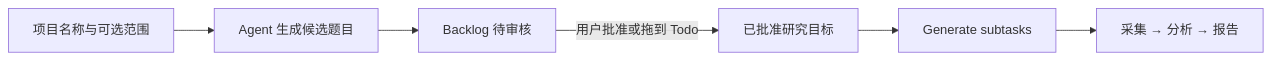
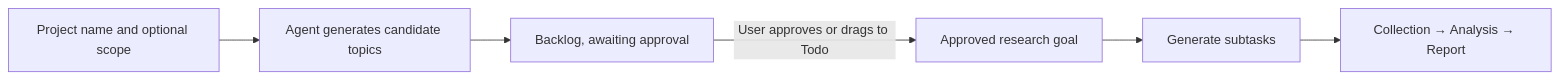
One commit to KrabsWong/what-the-hell-are-you-planning changed the diagram in USER_GUIDE.md. Above: the diagram before and after it, drawn with Mermaid. The commit also changed other lines of this file and 26 other files, not shown here.

````diff
--- a/USER_GUIDE.md
+++ b/USER_GUIDE.md
@@ -97,8 +96,8 @@
 ```mermaid
 flowchart LR
-  P[项目名称与可选范围] --> A[Agent 生成候选题目]
-  A --> B[Backlog 待审核]
-  B -->|用户批准或拖到 Todo| T[已批准研究目标]
+  P[Project name and optional scope] --> A[Agent generates candidate topics]
+  A --> B[Backlog, awaiting approval]
+  B -->|User approves or drags to Todo| T[Approved research goal]
   T --> G[Generate subtasks]
-  G --> C[采集 → 分析 → 报告]
+  G --> C[Collection → Analysis → Report]
 ```
````
